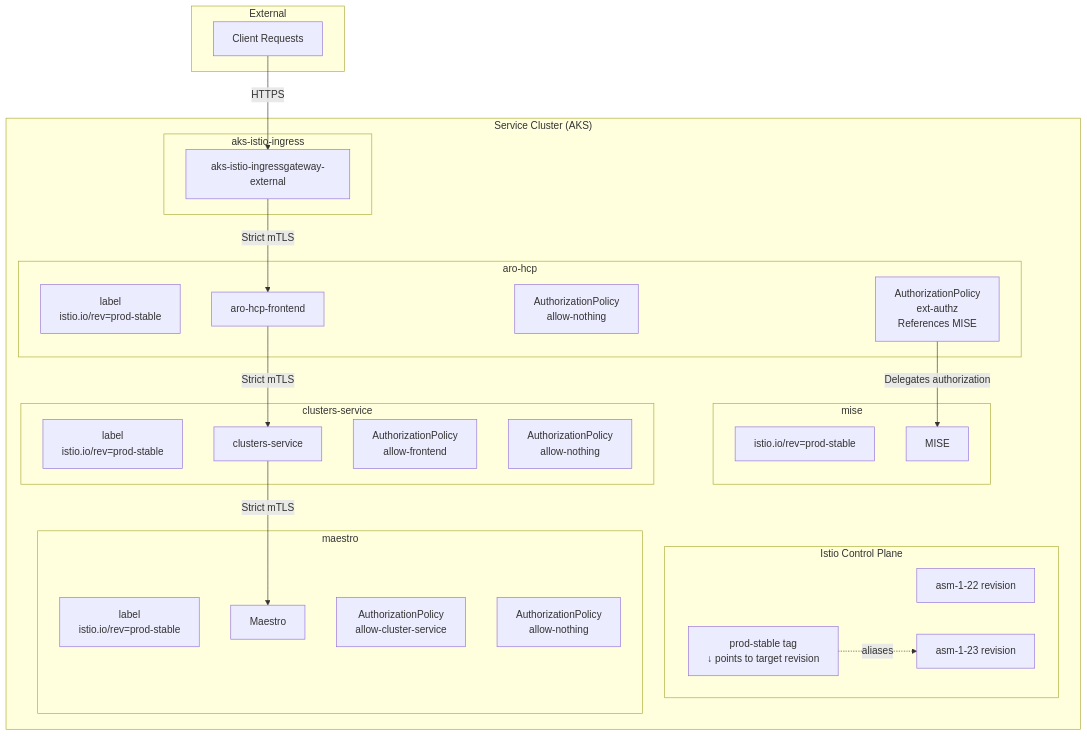
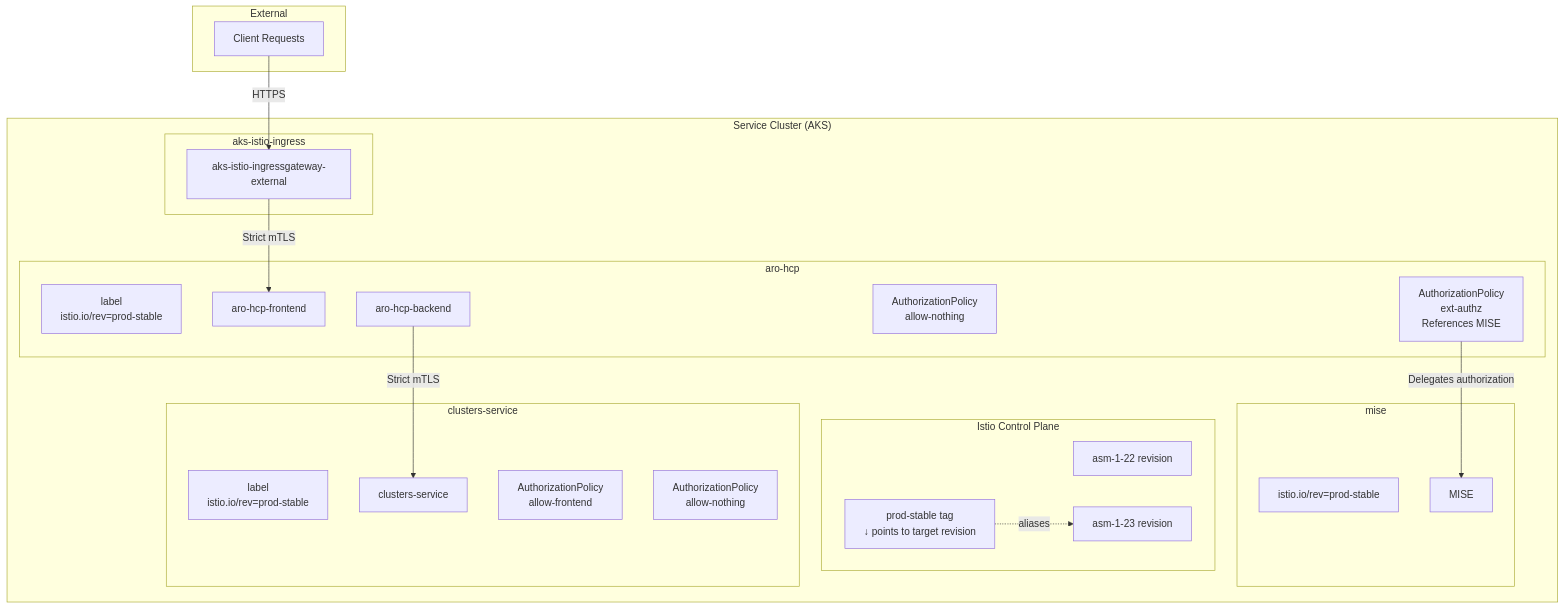
One commit to Azure/ARO-HCP changed the diagram in docs/istio.md. Above: the diagram before and after it, drawn with Mermaid. The commit also changed other lines of this file and 111 other files, not shown here.

````diff
--- a/docs/istio.md
+++ b/docs/istio.md
@@ -19,51 +19,45 @@
 ```mermaid
 graph TB
     subgraph "External"
         Client[Client Requests]
     end
 
     subgraph "Service Cluster (AKS)"
         subgraph "aks-istio-ingress"
             Gateway["aks-istio-ingressgateway-external"]
         end
 
         subgraph "Istio Control Plane"
             Rev1[asm-1-22 revision]
             Rev2[asm-1-23 revision]
             Tag[prod-stable tag<br/>↓ points to target revision]
         end
 
         subgraph "mise"
             MISELabel[istio.io/rev=prod-stable]
             MISE[MISE]
         end
 
         subgraph "aro-hcp"
             RPLabel[label<br/>istio.io/rev=prod-stable]
             RP[aro-hcp-frontend]
+            Backend[aro-hcp-backend]
             RPDeny[AuthorizationPolicy<br/>allow-nothing]
             ExtAuthz[AuthorizationPolicy<br/>ext-authz<br/>References MISE]
         end
 
         subgraph "clusters-service"
             CSLabel[label<br/>istio.io/rev=prod-stable]
             CS[clusters-service]
             CSPolicy[AuthorizationPolicy<br/>allow-frontend]
             CSDeny[AuthorizationPolicy<br/>allow-nothing]
         end
 
-        subgraph "maestro"
-            MLabel[label<br/>istio.io/rev=prod-stable]
-            Maestro[Maestro]
-            MPolicy[AuthorizationPolicy<br/>allow-cluster-service]
-            MDeny[AuthorizationPolicy<br/>allow-nothing]
-        end
     end
 
     Client -->|HTTPS| Gateway
     Gateway -->|Strict mTLS| RP
-    RP -->|Strict mTLS| CS
-    CS -->|Strict mTLS| Maestro
+    Backend -->|Strict mTLS| CS
     Tag -.->|aliases| Rev2
     ExtAuthz -->|Delegates authorization| MISE
 ```
````
